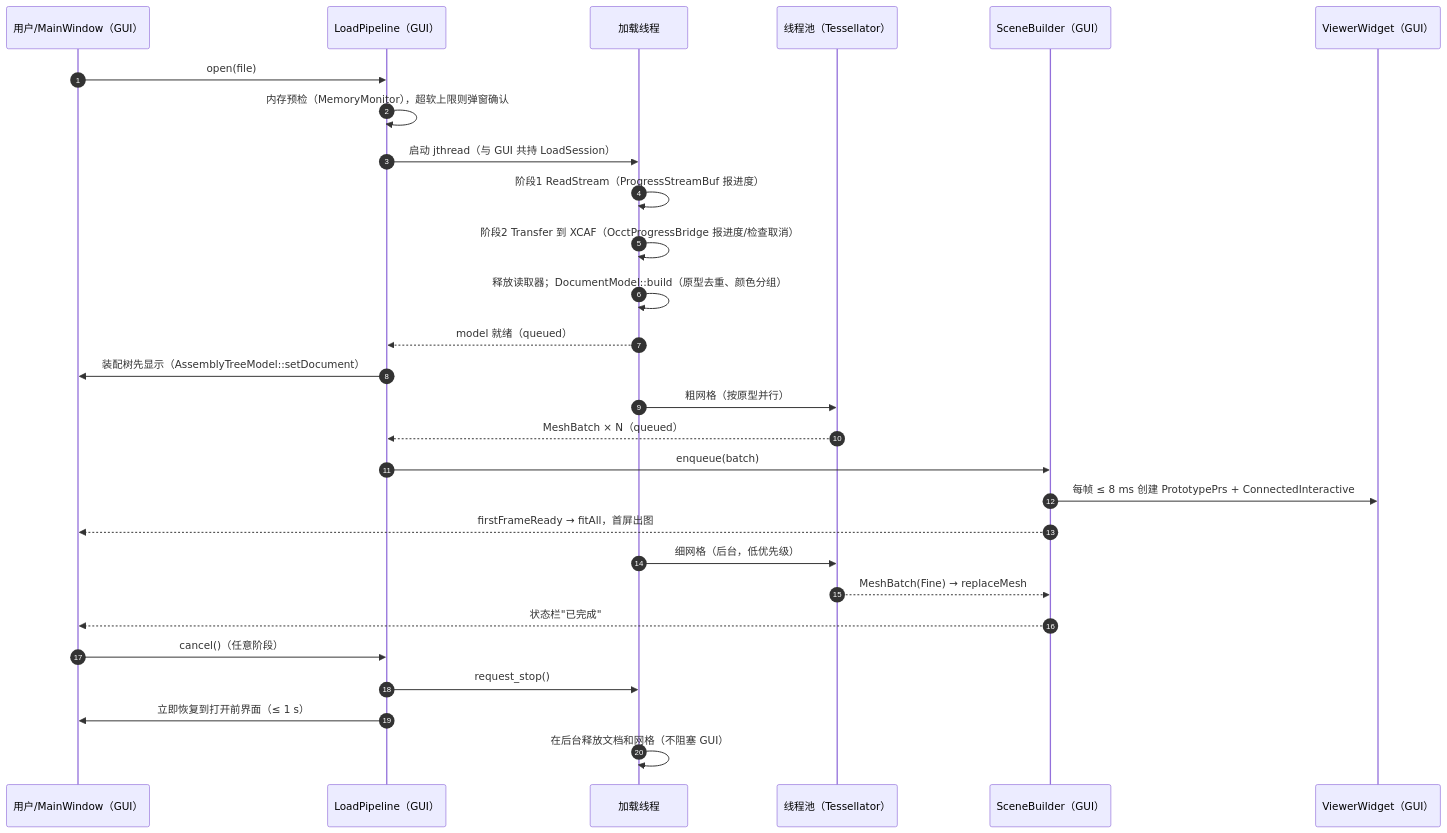
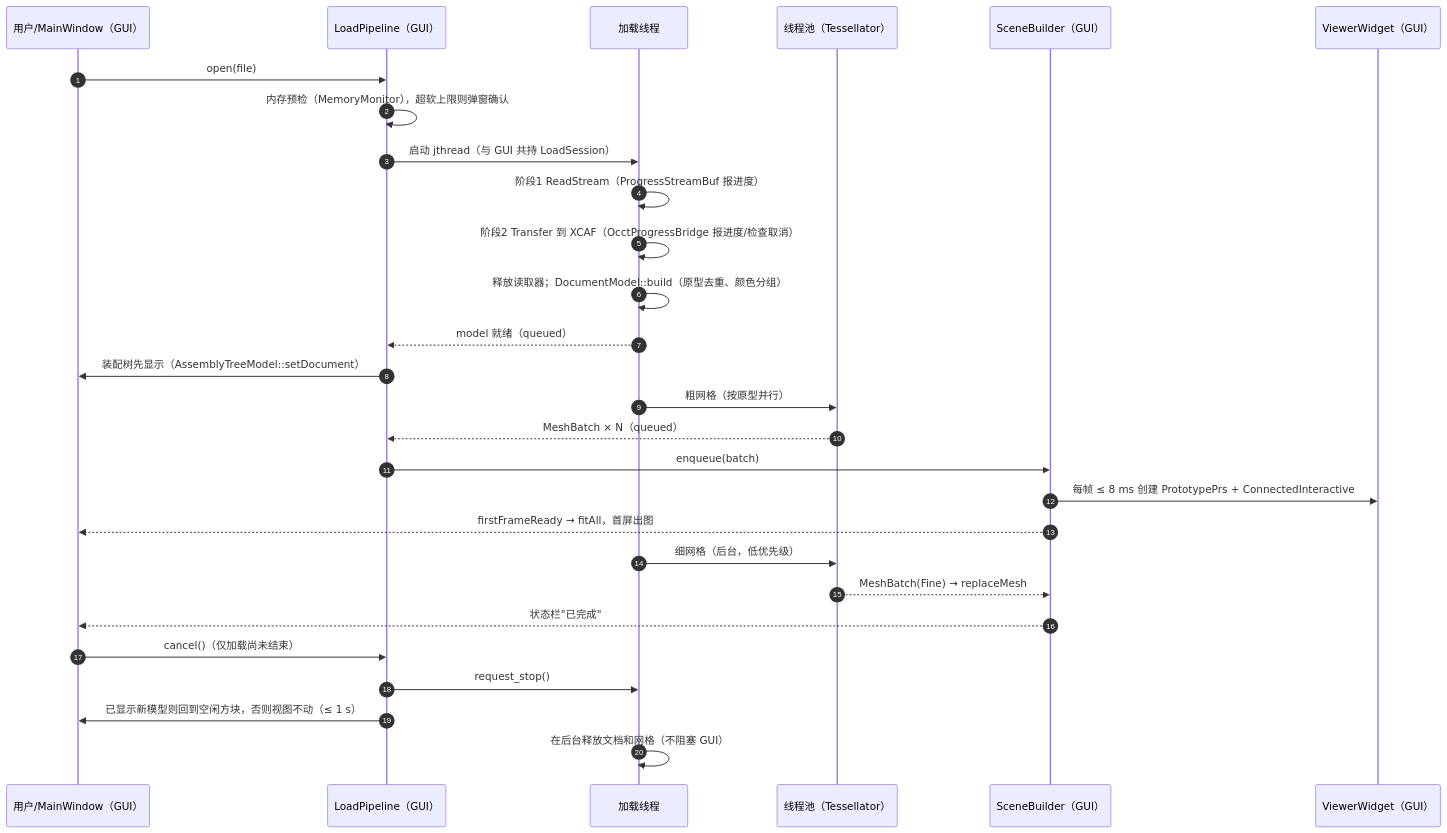
One commit to gdTang123/StepLens changed the second of 4 diagrams in docs/design/step-viewer-architecture.md. Above: the diagram before and after it, drawn with Mermaid. The commit also changed other lines of this file and 11 other files, not shown here.

````diff
--- a/docs/design/step-viewer-architecture.md
+++ b/docs/design/step-viewer-architecture.md
@@ -884,31 +884,31 @@
 ```mermaid
 sequenceDiagram
     autonumber
     participant U as 用户/MainWindow（GUI）
     participant P as LoadPipeline（GUI）
     participant L as 加载线程
     participant T as 线程池（Tessellator）
     participant S as SceneBuilder（GUI）
     participant V as ViewerWidget（GUI）
 
     U->>P: open(file)
     P->>P: 内存预检（MemoryMonitor），超软上限则弹窗确认
     P->>L: 启动 jthread（与 GUI 共持 LoadSession）
     L->>L: 阶段1 ReadStream（ProgressStreamBuf 报进度）
     L->>L: 阶段2 Transfer 到 XCAF（OcctProgressBridge 报进度/检查取消）
     L->>L: 释放读取器；DocumentModel::build（原型去重、颜色分组）
     L-->>P: model 就绪（queued）
     P->>U: 装配树先显示（AssemblyTreeModel::setDocument）
     L->>T: 粗网格（按原型并行）
     T-->>P: MeshBatch × N（queued）
     P->>S: enqueue(batch)
     S->>V: 每帧 ≤ 8 ms 创建 PrototypePrs + ConnectedInteractive
     S-->>U: firstFrameReady → fitAll，首屏出图
     L->>T: 细网格（后台，低优先级）
     T-->>S: MeshBatch(Fine) → replaceMesh
     S-->>U: 状态栏"已完成"
-    U->>P: cancel()（任意阶段）
+    U->>P: cancel()（仅加载尚未结束）
     P->>L: request_stop()
-    P->>U: 立即恢复到打开前界面（≤ 1 s）
+    P->>U: 已显示新模型则回到空闲方块，否则视图不动（≤ 1 s）
     L->>L: 在后台释放文档和网格（不阻塞 GUI）
 ```
````
